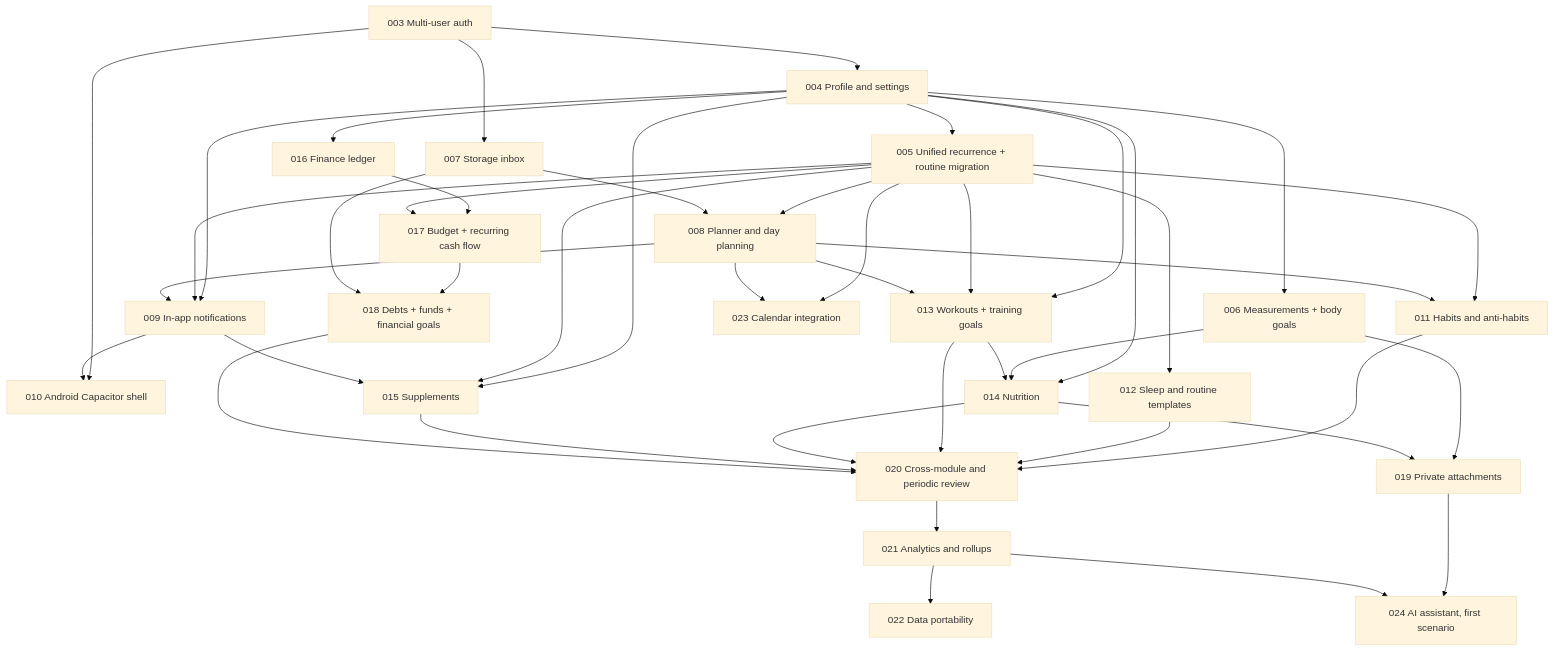
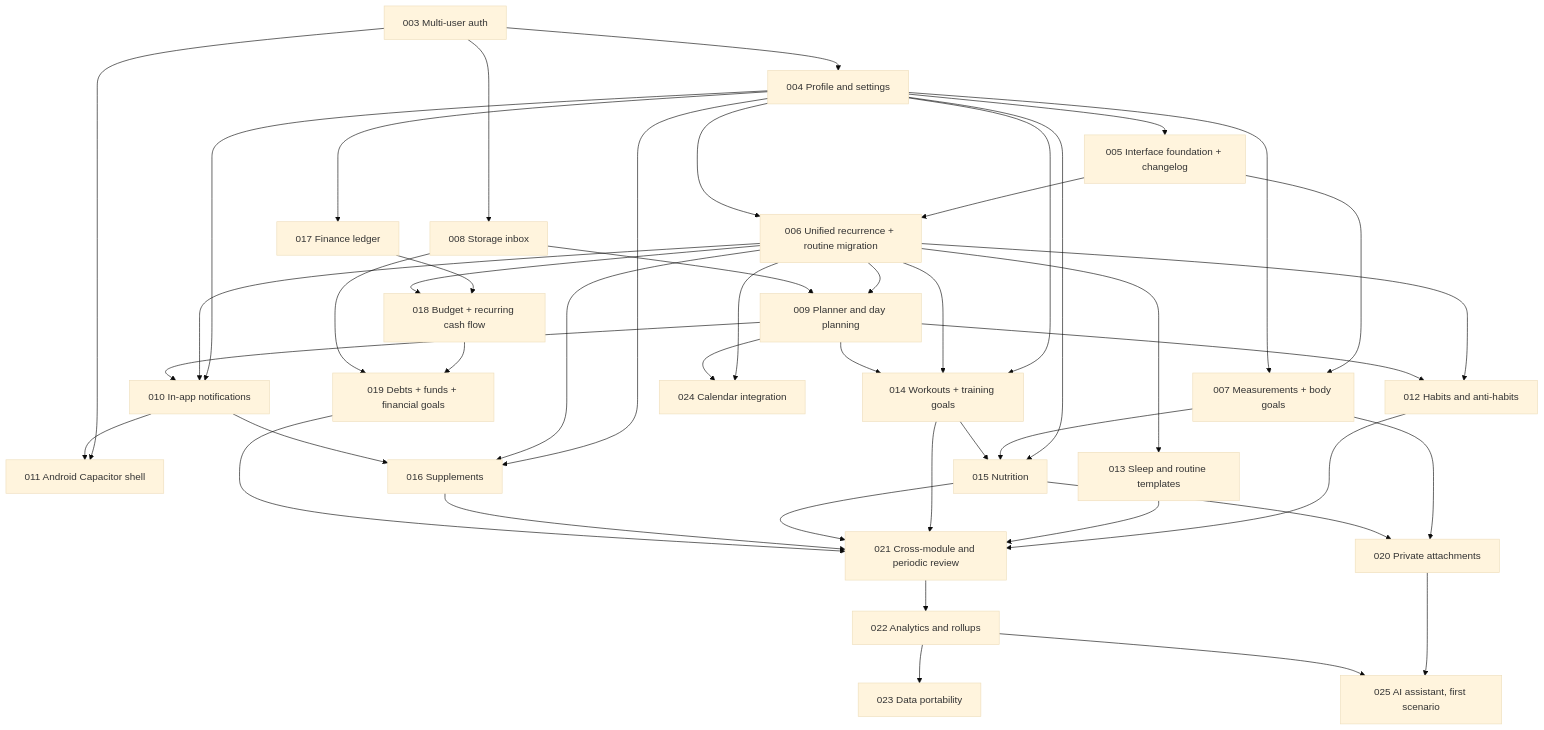
The diagram in docs/design/delivery-roadmap.md (PanyaPrimal/selfHandlerApp), drawn with Mermaid (base theme) before and after one commit. The commit also changed other lines of this file and 56 other files, not shown here.

First line of the commit message:
Add unified form controls and a user changelog

````diff
--- a/docs/design/delivery-roadmap.md
+++ b/docs/design/delivery-roadmap.md
@@ -44,54 +50,57 @@
 ```mermaid
 flowchart TD
     AUTH[003 Multi-user auth] --> PROFILE[004 Profile and settings]
-    PROFILE --> RECURRENCE[005 Unified recurrence + routine migration]
-    PROFILE --> MEASUREMENTS[006 Measurements + body goals]
+    PROFILE --> INTERFACE[005 Interface foundation + changelog]
+    INTERFACE --> RECURRENCE[006 Unified recurrence + routine migration]
+    INTERFACE --> MEASUREMENTS[007 Measurements + body goals]
+    PROFILE --> RECURRENCE
+    PROFILE --> MEASUREMENTS
 
-    AUTH --> STORAGE[007 Storage inbox]
-    RECURRENCE --> PLANNER[008 Planner and day planning]
+    AUTH --> STORAGE[008 Storage inbox]
+    RECURRENCE --> PLANNER[009 Planner and day planning]
     STORAGE --> PLANNER
-    PROFILE --> NOTIFY[009 In-app notifications]
+    PROFILE --> NOTIFY[010 In-app notifications]
     RECURRENCE --> NOTIFY
     PLANNER --> NOTIFY
-    AUTH --> ANDROID[010 Android Capacitor shell]
+    AUTH --> ANDROID[011 Android Capacitor shell]
     NOTIFY --> ANDROID
 
-    RECURRENCE --> HABITS[011 Habits and anti-habits]
+    RECURRENCE --> HABITS[012 Habits and anti-habits]
     PLANNER --> HABITS
-    RECURRENCE --> SLEEP[012 Sleep and routine templates]
+    RECURRENCE --> SLEEP[013 Sleep and routine templates]
 
-    PROFILE --> WORKOUTS[013 Workouts + training goals]
+    PROFILE --> WORKOUTS[014 Workouts + training goals]
     RECURRENCE --> WORKOUTS
     PLANNER --> WORKOUTS
 
-    PROFILE --> NUTRITION[014 Nutrition]
+    PROFILE --> NUTRITION[015 Nutrition]
     MEASUREMENTS --> NUTRITION
     WORKOUTS --> NUTRITION
 
-    PROFILE --> SUPPLEMENTS[015 Supplements]
+    PROFILE --> SUPPLEMENTS[016 Supplements]
     RECURRENCE --> SUPPLEMENTS
     NOTIFY --> SUPPLEMENTS
 
-    PROFILE --> LEDGER[016 Finance ledger]
-    LEDGER --> FINPLAN[017 Budget + recurring cash flow]
+    PROFILE --> LEDGER[017 Finance ledger]
+    LEDGER --> FINPLAN[018 Budget + recurring cash flow]
     RECURRENCE --> FINPLAN
-    FINPLAN --> FINGOALS[018 Debts + funds + financial goals]
+    FINPLAN --> FINGOALS[019 Debts + funds + financial goals]
     STORAGE --> FINGOALS
 
-    MEASUREMENTS --> ATTACHMENTS[019 Private attachments]
+    MEASUREMENTS --> ATTACHMENTS[020 Private attachments]
     NUTRITION --> ATTACHMENTS
 
-    HABITS --> REVIEW[020 Cross-module and periodic review]
+    HABITS --> REVIEW[021 Cross-module and periodic review]
     SLEEP --> REVIEW
     WORKOUTS --> REVIEW
     NUTRITION --> REVIEW
     SUPPLEMENTS --> REVIEW
     FINGOALS --> REVIEW
 
-    REVIEW --> ANALYTICS[021 Analytics and rollups]
-    ANALYTICS --> PORTABILITY[022 Data portability]
-    RECURRENCE --> CALENDAR[023 Calendar integration]
+    REVIEW --> ANALYTICS[022 Analytics and rollups]
+    ANALYTICS --> PORTABILITY[023 Data portability]
+    RECURRENCE --> CALENDAR[024 Calendar integration]
     PLANNER --> CALENDAR
-    ATTACHMENTS --> AI[024 AI assistant, first scenario]
+    ATTACHMENTS --> AI[025 AI assistant, first scenario]
     ANALYTICS --> AI
 ```
````
